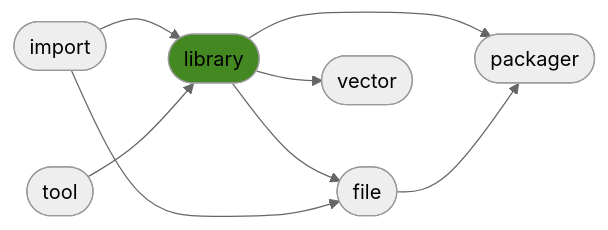
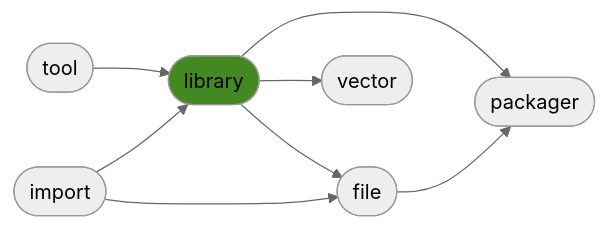
The diagram in README.md (ManderaGeneral/generallibrary), drawn with Mermaid (neutral theme) before and after one commit. The commit also changed other lines of this file, not shown here.

````diff
--- a/README.md
+++ b/README.md
@@ -24,17 +24,17 @@
 ```mermaid
 flowchart LR
+1([tool]) --> 2([library])
+2([library]) --> 5([packager])
+2([library]) --> 3([file])
+3([file]) --> 5([packager])
+0([import]) --> 3([file])
 0([import]) --> 2([library])
 2([library]) --> 4([vector])
-2([library]) --> 5([packager])
-2([library]) --> 3([file])
-1([tool]) --> 2([library])
-0([import]) --> 3([file])
-3([file]) --> 5([packager])
 click 0 "https://github.com/ManderaGeneral/generalimport"
 click 1 "https://github.com/ManderaGeneral/generaltool"
 click 2 "https://github.com/ManderaGeneral/generallibrary"
 click 3 "https://github.com/ManderaGeneral/generalfile"
 click 4 "https://github.com/ManderaGeneral/generalvector"
 click 5 "https://github.com/ManderaGeneral/generalpackager"
 style 2 fill:#482
 ```
````
